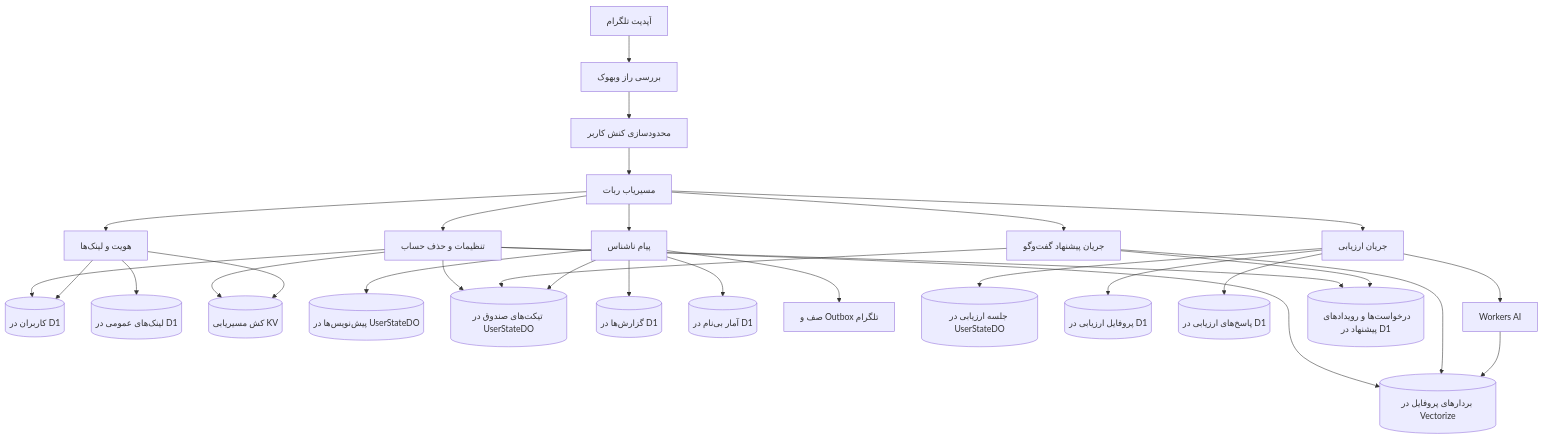
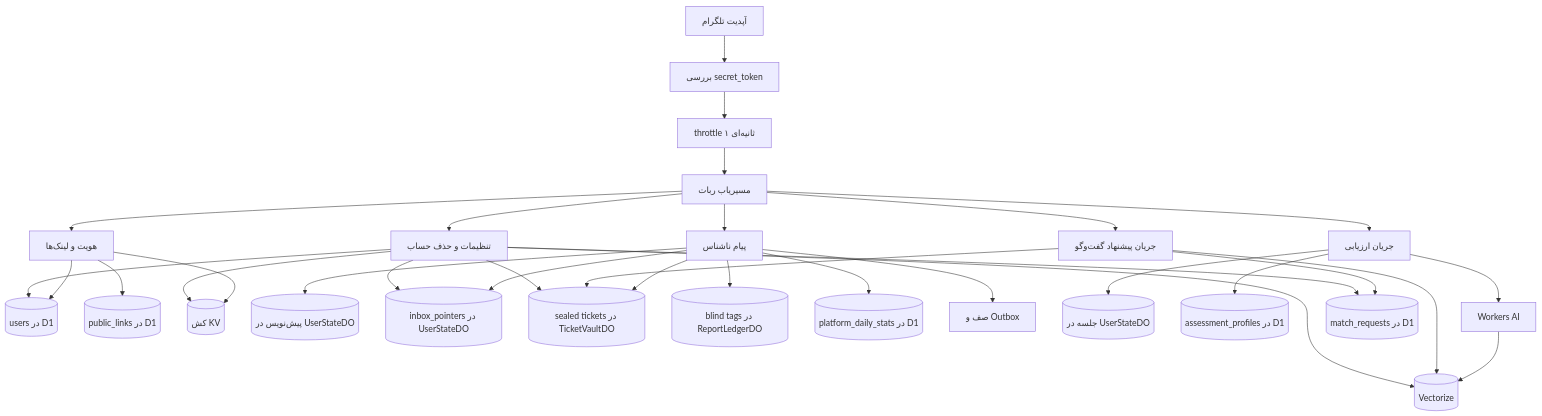
Before and after one commit to mohetios/mohetios.dev: the seventh of 10 diagrams in content/fa/lab/nekonymous-anonymous-messaging-technical-lab.md, drawn with Mermaid. The commit also changed other lines of this file and 4 other files, not shown here.

First line of the commit message:
Align Nekonymous lab and blog with V1 architecture and terminology.

````diff
--- a/content/fa/lab/nekonymous-anonymous-messaging-technical-lab.md
+++ b/content/fa/lab/nekonymous-anonymous-messaging-technical-lab.md
@@ -216,38 +375,39 @@
 ```mermaid
 flowchart TD
-  TG[آپدیت تلگرام] --> Guard[بررسی راز وبهوک]
-  Guard --> Rate[محدودسازی کنش کاربر]
+  TG[آپدیت تلگرام] --> Guard[بررسی secret_token]
+  Guard --> Rate[throttle ۱ ثانیه‌ای]
   Rate --> Router[مسیریاب ربات]
 
   Router --> Identity[هویت و لینک‌ها]
   Router --> Messaging[پیام ناشناس]
   Router --> AssessmentFlow[جریان ارزیابی]
   Router --> MatchingFlow[جریان پیشنهاد گفت‌وگو]
   Router --> Settings[تنظیمات و حذف حساب]
 
-  Identity --> Users[(کاربران در D1)]
-  Identity --> Links[(لینک‌های عمومی در D1)]
-  Identity --> KV[(کش مسیر‌یابی KV)]
+  Identity --> Users[(users در D1)]
+  Identity --> Links[(public_links در D1)]
+  Identity --> KV[(کش KV)]
 
-  Messaging --> Drafts[(پیش‌نویس‌ها در UserStateDO)]
-  Messaging --> Tickets[(تیکت‌های صندوق در UserStateDO)]
-  Messaging --> Reports[(گزارش‌ها در D1)]
-  Messaging --> Stats[(آمار بی‌نام در D1)]
-  Messaging --> Outbox[صف و Outbox تلگرام]
+  Messaging --> Drafts[(پیش‌نویس در UserStateDO)]
+  Messaging --> Pointers[(inbox_pointers در UserStateDO)]
+  Messaging --> Vault[(sealed tickets در TicketVaultDO)]
+  Messaging --> Reports[(blind tags در ReportLedgerDO)]
+  Messaging --> Stats[(platform_daily_stats در D1)]
+  Messaging --> Outbox[صف و Outbox]
 
-  AssessmentFlow --> Session[(جلسه ارزیابی در UserStateDO)]
-  AssessmentFlow --> Profiles[(پروفایل ارزیابی در D1)]
-  AssessmentFlow --> Answers[(پاسخ‌های ارزیابی در D1)]
+  AssessmentFlow --> Session[(جلسه در UserStateDO)]
+  AssessmentFlow --> Profiles[(assessment_profiles در D1)]
   AssessmentFlow --> AI[Workers AI]
-  AI --> Vectors[(بردارهای پروفایل در Vectorize)]
+  AI --> Vectors[(Vectorize)]
 
-  MatchingFlow --> MatchRows[(درخواست‌ها و رویدادهای پیشنهاد در D1)]
+  MatchingFlow --> MatchRows[(match_requests در D1)]
   MatchingFlow --> Vectors
-  MatchingFlow --> Tickets
+  MatchingFlow --> Vault
 
   Settings --> Users
-  Settings --> Tickets
+  Settings --> Pointers
+  Settings --> Vault
   Settings --> MatchRows
   Settings --> KV
   Settings --> Vectors
 ```
````
